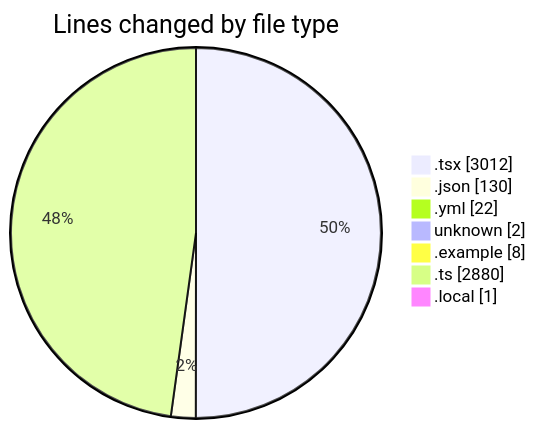
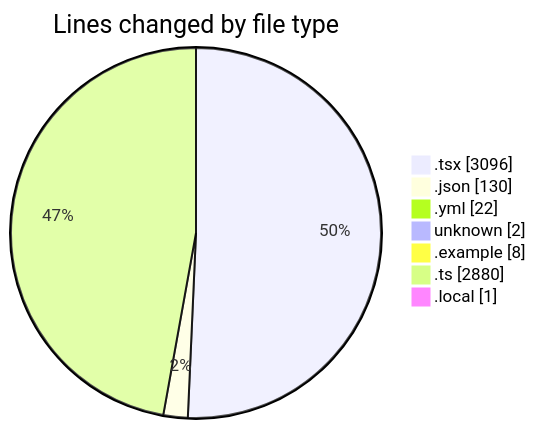
Before and after one commit to julien-gomy/code-tracking: the first of 2 diagrams in 2025-11-21/eventscop-frontend-guide__workspace_/README.md, drawn with Mermaid. The commit also changed other lines of this file and 1 other file, not shown here.

````diff
--- a/2025-11-21/eventscop-frontend-guide__workspace_/README.md
+++ b/2025-11-21/eventscop-frontend-guide__workspace_/README.md
@@ -61,11 +61,11 @@
 ```mermaid
 pie showData
 title Lines changed by file type
-".tsx" : 3012
+".tsx" : 3096
 ".json" : 130
 ".yml" : 22
 "unknown" : 2
 ".example" : 8
 ".ts" : 2880
 ".local" : 1
 ```
````
